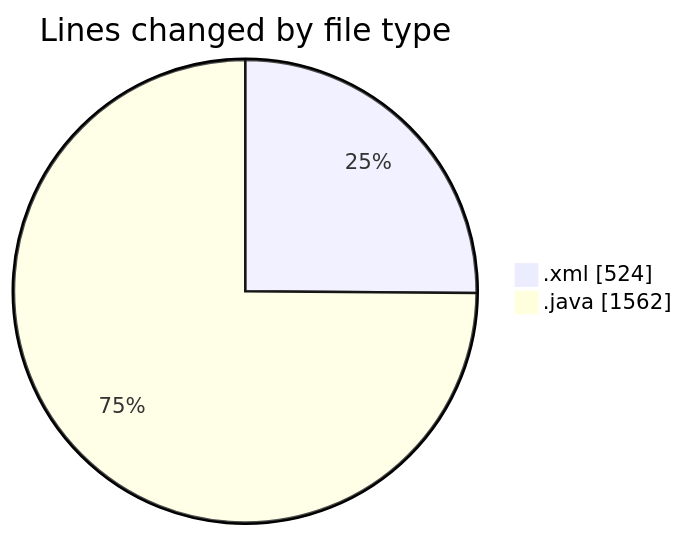
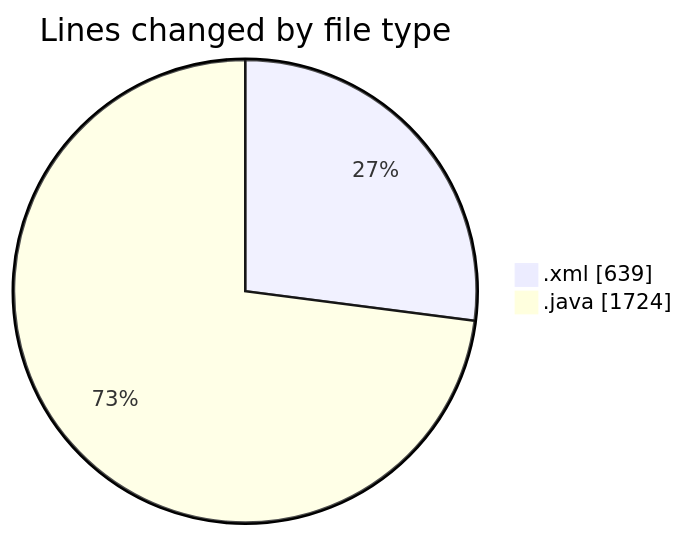
Before and after one commit to CELIANVF/code-tracking: the first of 2 diagrams in 2025-06-09/androidsumapp/README.md, drawn with Mermaid. The commit also changed other lines of this file and 1 other file, not shown here.

````diff
--- a/2025-06-09/androidsumapp/README.md
+++ b/2025-06-09/androidsumapp/README.md
@@ -25,6 +26,6 @@
 ```mermaid
 pie showData
 title Lines changed by file type
-".xml" : 524
-".java" : 1562
+".xml" : 639
+".java" : 1724
 ```
````
